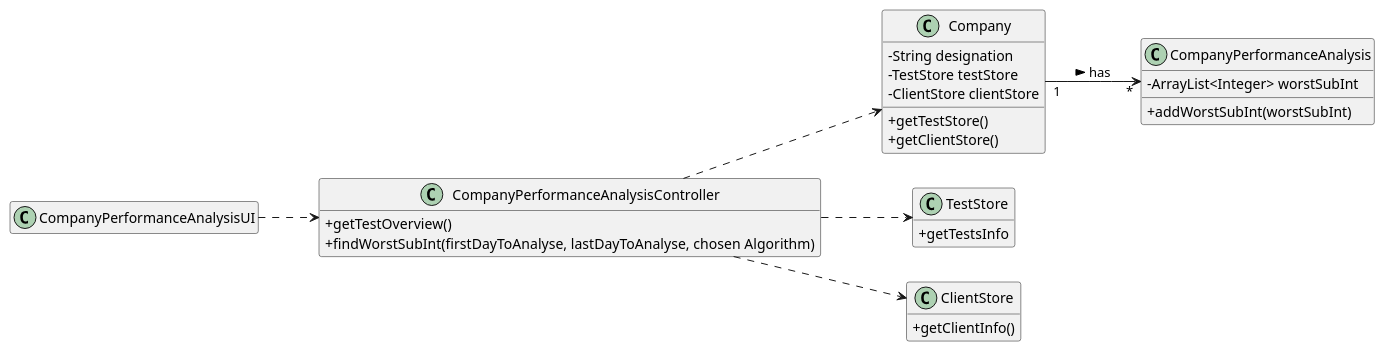
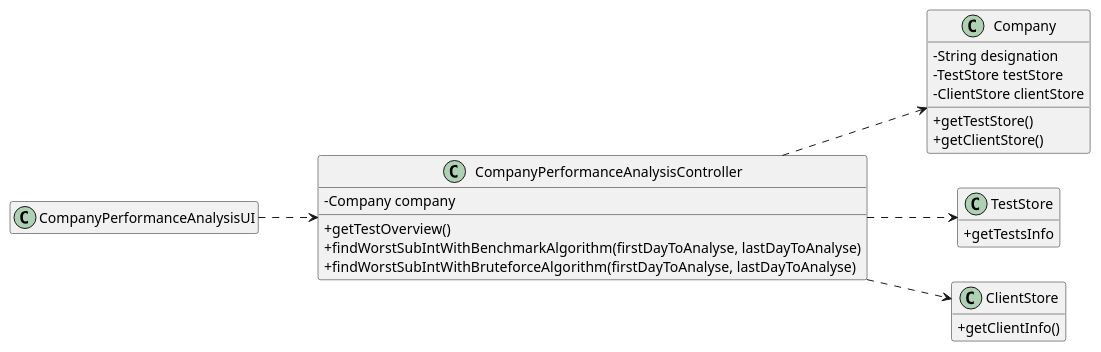
The diagram in docs/SprintD/US_16/US16_CD.puml (ana-albergaria/LAPR2-ISEP), drawn with PlantUML before and after one commit. The commit also changed 15 other files, not shown here.

Commit message:
Corrected error in US16 Diagrams and Documentations, and Continued US16 Code.

```diff
--- a/docs/SprintD/US_16/US16_CD.puml
+++ b/docs/SprintD/US_16/US16_CD.puml
@@ -1,42 +1,38 @@
 @startuml
 hide empty methods
 hide empty attributes
 left to right direction
 skinparam classAttributeIconSize 0
 
 class Company {
     -String designation
     -TestStore testStore
     -ClientStore clientStore
     +getTestStore()
     +getClientStore()
 }
 
-class CompanyPerformanceAnalysis{
--ArrayList<Integer> worstSubInt
-+addWorstSubInt(worstSubInt)
-}
-
 class TestStore {
-+getTestsInfo
+    +getTestsInfo
 }
 
 class ClientStore {
-+getClientInfo()
+    +getClientInfo()
 }
 
 class CompanyPerformanceAnalysisController{
-+getTestOverview()
-+findWorstSubInt(firstDayToAnalyse, lastDayToAnalyse, chosen Algorithm)
+    -Company company
+    +getTestOverview()
+    +findWorstSubIntWithBenchmarkAlgorithm(firstDayToAnalyse, lastDayToAnalyse)
+    +findWorstSubIntWithBruteforceAlgorithm(firstDayToAnalyse, lastDayToAnalyse)
 }
 
 class CompanyPerformanceAnalysisUI{
 }
 
 CompanyPerformanceAnalysisUI ..> CompanyPerformanceAnalysisController
 CompanyPerformanceAnalysisController ..> Company
 CompanyPerformanceAnalysisController ..> ClientStore
 CompanyPerformanceAnalysisController ..> TestStore
-Company "1" --> "*" CompanyPerformanceAnalysis : has >
 
 @enduml
```
